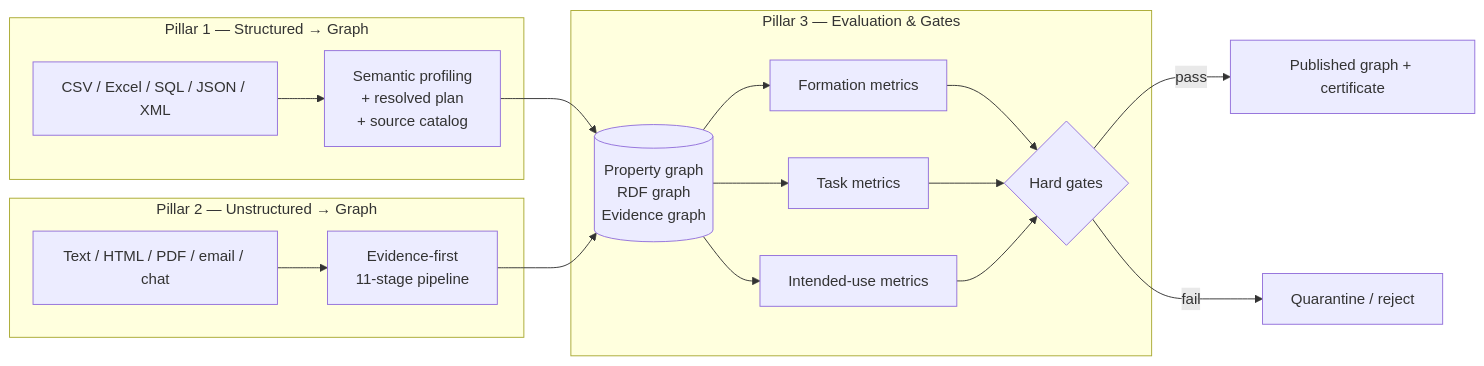
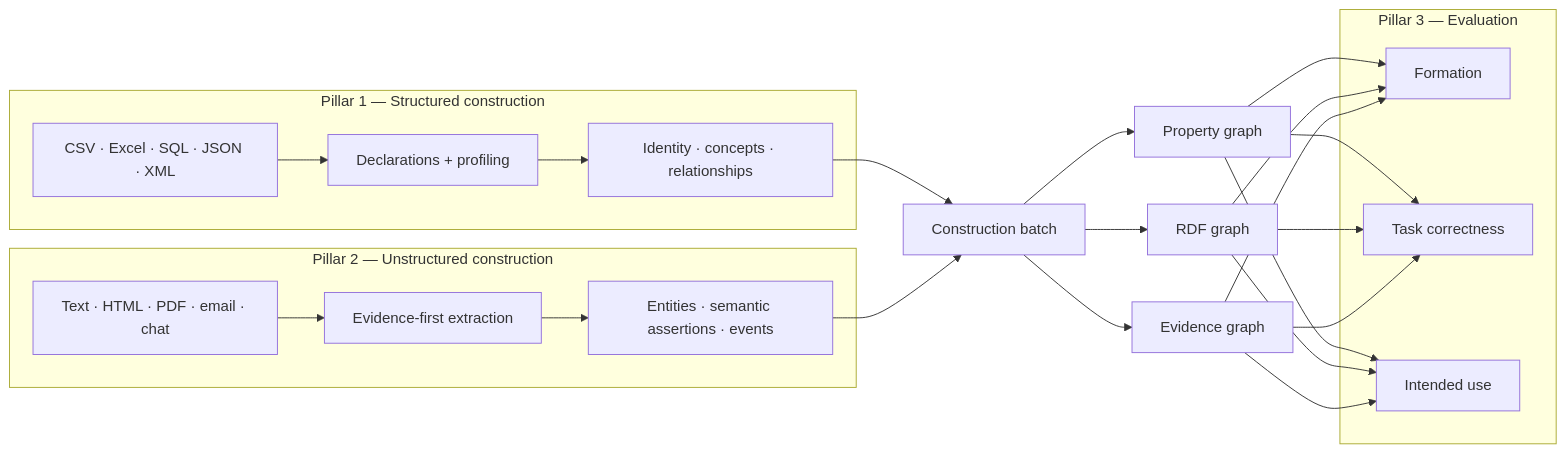
Before and after one commit to swaroop-kaza/knowledge_graphs: the first of 6 diagrams in docs/architecture.md, drawn with Mermaid. The commit also changed other lines of this file and 263 other files, not shown here.

First line of the commit message:
Reorganize KG construction repo around structured, unstructured, and evaluation workflows

````diff
--- a/docs/architecture.md
+++ b/docs/architecture.md
@@ -25,23 +26,32 @@
 ```mermaid
 flowchart LR
-    subgraph P1["Pillar 1 — Structured → Graph"]
-        S1[CSV / Excel / SQL / JSON / XML]
-        S1 --> SM[Semantic profiling<br/>+ resolved plan<br/>+ source catalog]
+    subgraph S["Pillar 1 — Structured construction"]
+        SI[CSV · Excel · SQL · JSON · XML]
+        SP[Declarations + profiling]
+        SM[Identity · concepts · relationships]
+        SI --> SP --> SM
     end
-    subgraph P2["Pillar 2 — Unstructured → Graph"]
-        U1[Text / HTML / PDF / email / chat]
-        U1 --> UM[Evidence-first<br/>11-stage pipeline]
+
+    subgraph U["Pillar 2 — Unstructured construction"]
+        UI[Text · HTML · PDF · email · chat]
+        UE[Evidence-first extraction]
+        US[Entities · semantic assertions · events]
+        UI --> UE --> US
     end
-    SM --> G[(Property graph<br/>RDF graph<br/>Evidence graph)]
-    UM --> G
-    subgraph P3["Pillar 3 — Evaluation & Gates"]
-        G --> F[Formation metrics]
-        G --> T[Task metrics]
-        G --> IU[Intended-use metrics]
-        F --> GATE{Hard gates}
-        T --> GATE
-        IU --> GATE
+
+    SM --> B[Construction batch]
+    US --> B
+    B --> PG[Property graph]
+    B --> RDF[RDF graph]
+    B --> EG[Evidence graph]
+
+    subgraph E["Pillar 3 — Evaluation"]
+        F[Formation]
+        T[Task correctness]
+        I[Intended use]
     end
-    GATE -->|pass| PUB[Published graph + certificate]
-    GATE -->|fail| Q[Quarantine / reject]
+
+    PG & RDF & EG --> F
+    PG & RDF & EG --> T
+    PG & RDF & EG --> I
 ```
````
